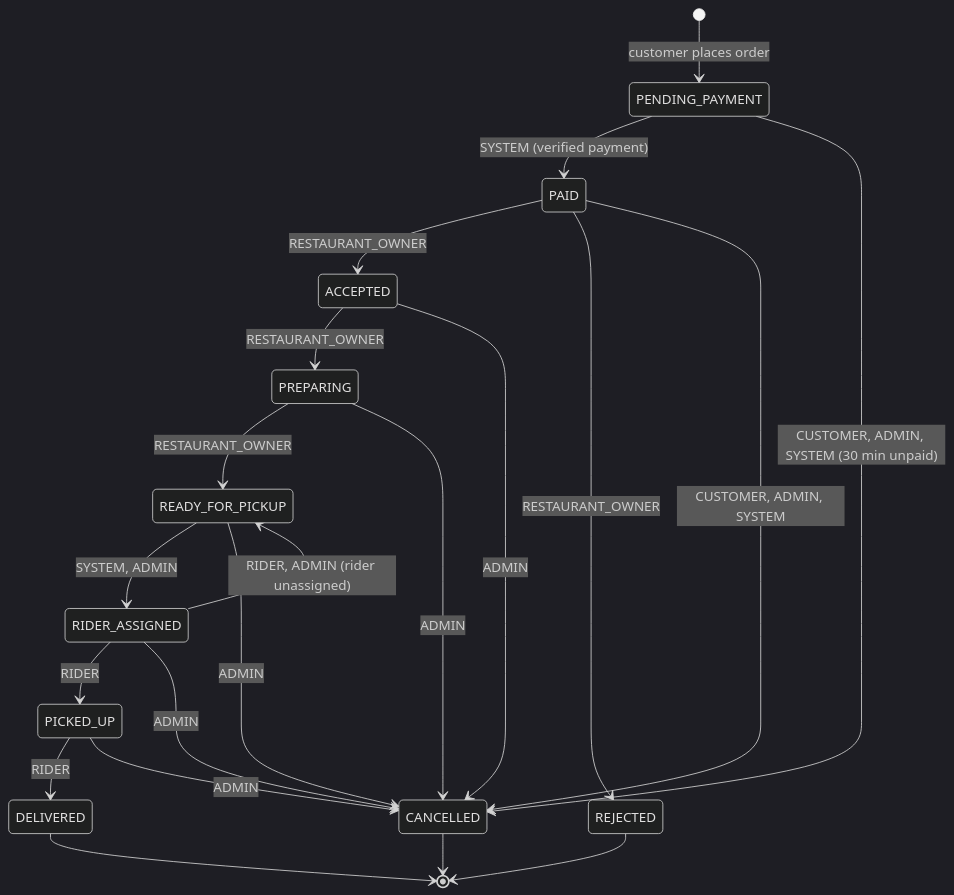
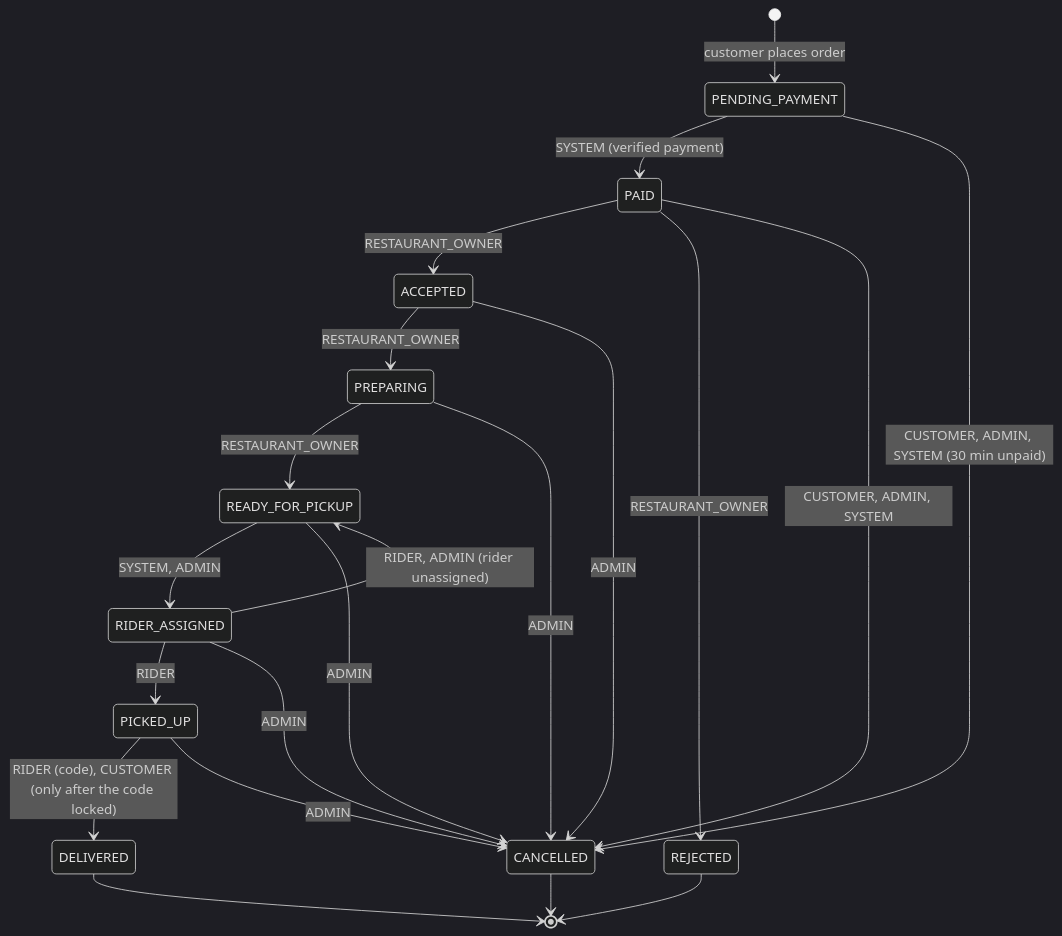
One commit to localcodetech/cibushub changed the diagram in docs/order-state-machine.md. Above: the diagram before and after it, drawn with Mermaid (dark theme). The commit also changed 29 other files, not shown here.

````diff
--- a/docs/order-state-machine.md
+++ b/docs/order-state-machine.md
@@ -5,23 +5,23 @@
 ```mermaid
 stateDiagram-v2
     [*] --> PENDING_PAYMENT : customer places order
     PENDING_PAYMENT --> PAID : SYSTEM (verified payment)
     PENDING_PAYMENT --> CANCELLED : CUSTOMER, ADMIN, SYSTEM (30 min unpaid)
     PAID --> ACCEPTED : RESTAURANT_OWNER
     PAID --> REJECTED : RESTAURANT_OWNER
     PAID --> CANCELLED : CUSTOMER, ADMIN, SYSTEM
     ACCEPTED --> PREPARING : RESTAURANT_OWNER
     PREPARING --> READY_FOR_PICKUP : RESTAURANT_OWNER
     READY_FOR_PICKUP --> RIDER_ASSIGNED : SYSTEM, ADMIN
     RIDER_ASSIGNED --> PICKED_UP : RIDER
     RIDER_ASSIGNED --> READY_FOR_PICKUP : RIDER, ADMIN (rider unassigned)
-    PICKED_UP --> DELIVERED : RIDER
+    PICKED_UP --> DELIVERED : RIDER (code), CUSTOMER (only after the code locked)
     ACCEPTED --> CANCELLED : ADMIN
     PREPARING --> CANCELLED : ADMIN
     READY_FOR_PICKUP --> CANCELLED : ADMIN
     RIDER_ASSIGNED --> CANCELLED : ADMIN
     PICKED_UP --> CANCELLED : ADMIN
     DELIVERED --> [*]
     REJECTED --> [*]
     CANCELLED --> [*]
 ```
````
